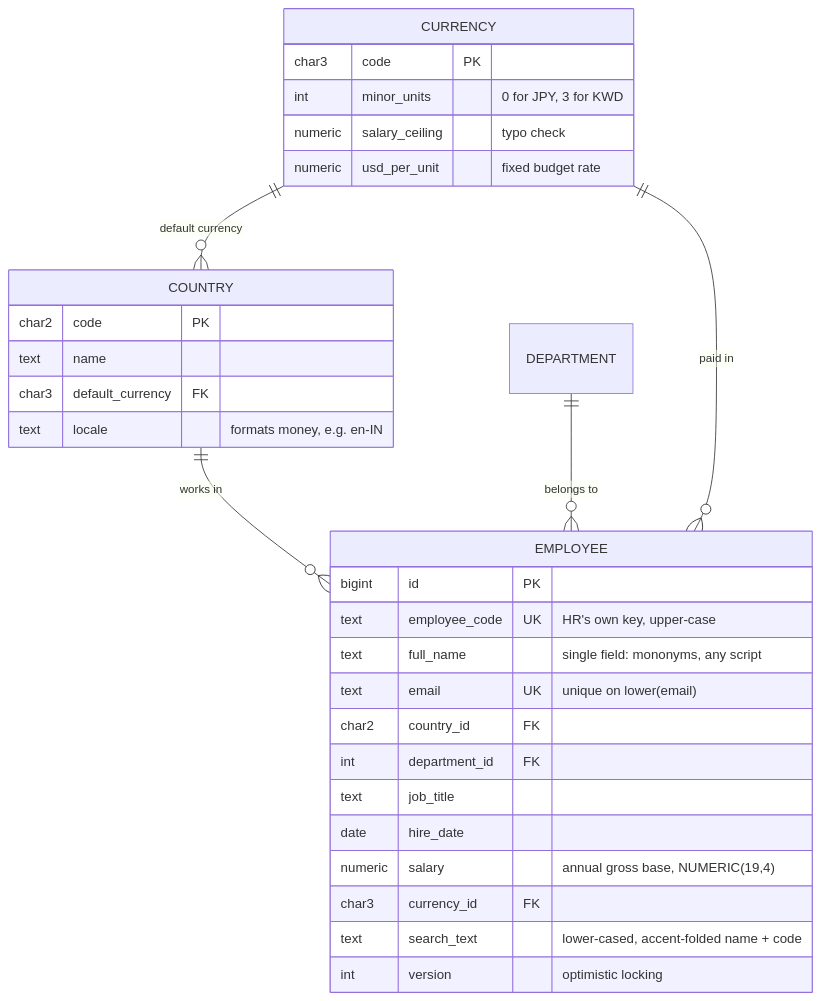
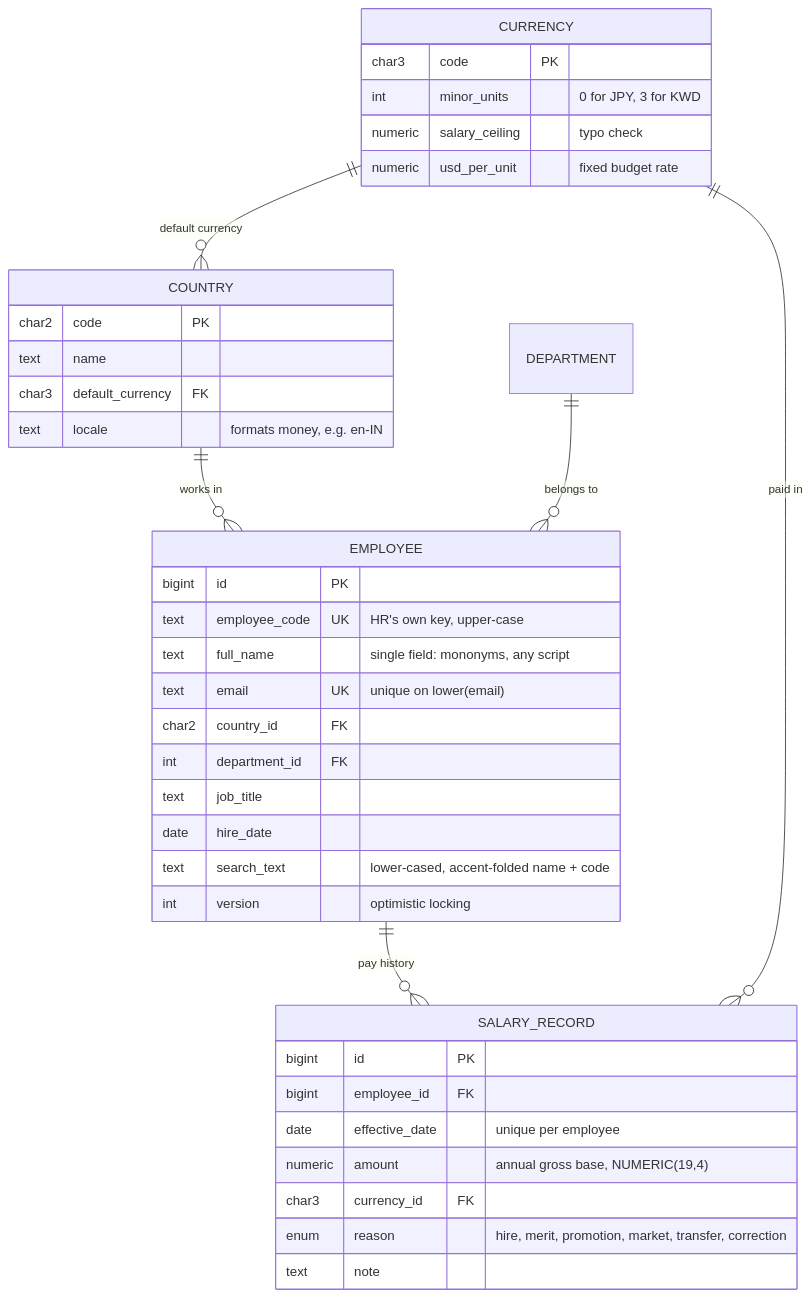
Before and after one commit to Monu5040/salary-insights: the second of 3 diagrams in docs/02-design.md, drawn with Mermaid. The commit also changed other lines of this file and 100 other files, not shown here.

First line of the commit message:
feat: salary history, CSV import and export, pay equity and plain-English questions

````diff
--- a/docs/02-design.md
+++ b/docs/02-design.md
@@ -64,34 +70,42 @@
 ```mermaid
 erDiagram
   COUNTRY ||--o{ EMPLOYEE : "works in"
   DEPARTMENT ||--o{ EMPLOYEE : "belongs to"
-  CURRENCY ||--o{ EMPLOYEE : "paid in"
+  EMPLOYEE ||--o{ SALARY_RECORD : "pay history"
+  CURRENCY ||--o{ SALARY_RECORD : "paid in"
   CURRENCY ||--o{ COUNTRY : "default currency"
 
   EMPLOYEE {
     bigint id PK
     text employee_code UK "HR's own key, upper-case"
     text full_name "single field: mononyms, any script"
     text email UK "unique on lower(email)"
     char2 country_id FK
     int department_id FK
     text job_title
     date hire_date
-    numeric salary "annual gross base, NUMERIC(19,4)"
-    char3 currency_id FK
     text search_text "lower-cased, accent-folded name + code"
     int version "optimistic locking"
+  }
+  SALARY_RECORD {
+    bigint id PK
+    bigint employee_id FK
+    date effective_date "unique per employee"
+    numeric amount "annual gross base, NUMERIC(19,4)"
+    char3 currency_id FK
+    enum reason "hire, merit, promotion, market, transfer, correction"
+    text note
   }
   CURRENCY {
     char3 code PK
     int minor_units "0 for JPY, 3 for KWD"
     numeric salary_ceiling "typo check"
     numeric usd_per_unit "fixed budget rate"
   }
   COUNTRY {
     char2 code PK
     text name
     char3 default_currency FK
     text locale "formats money, e.g. en-IN"
   }
 ```
````
